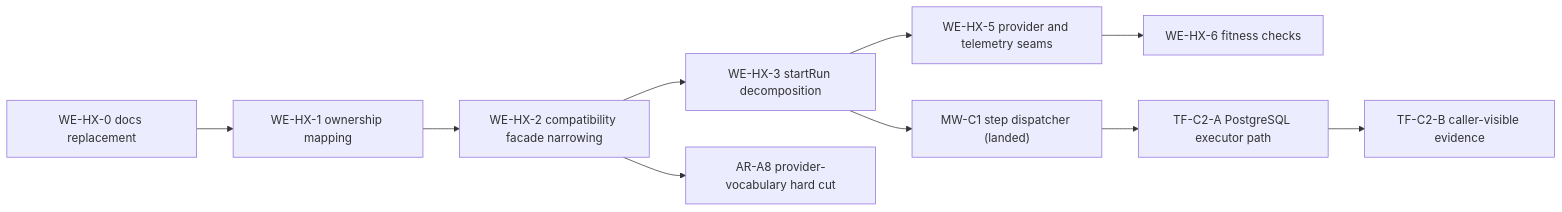
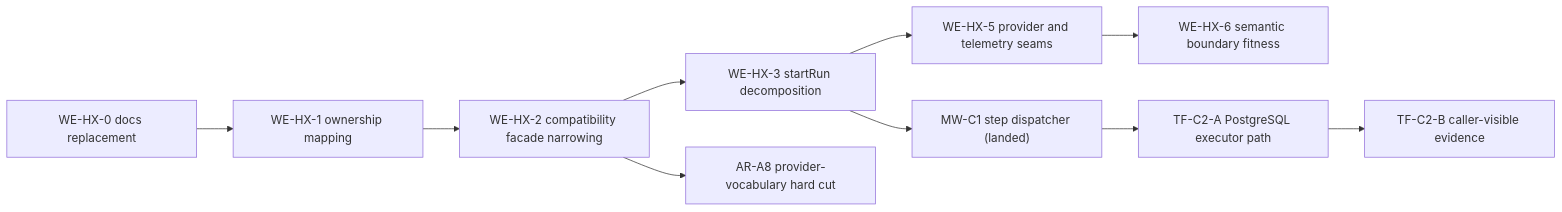
Before and after one commit to dunay2/dvt: the second of 2 diagrams in docs/architecture/components/engine/roadmap/engine-phases.md, drawn with Mermaid. The commit also changed other lines of this file and 20 other files, not shown here.

Commit message:
test(engine): Harden WorkflowEngine boundary fitness

````diff
--- a/docs/architecture/components/engine/roadmap/engine-phases.md
+++ b/docs/architecture/components/engine/roadmap/engine-phases.md
@@ -81,12 +81,12 @@
 ```mermaid
 flowchart LR
   HX0["WE-HX-0 docs replacement"] --> HX1["WE-HX-1 ownership mapping"]
   HX1 --> HX2["WE-HX-2 compatibility facade narrowing"]
   HX2 --> HX3["WE-HX-3 startRun decomposition"]
   HX2 --> A8["AR-A8 provider-vocabulary hard cut"]
   HX3 --> HX5["WE-HX-5 provider and telemetry seams"]
-  HX5 --> HX6["WE-HX-6 fitness checks"]
+  HX5 --> HX6["WE-HX-6 semantic boundary fitness"]
   HX3 --> MW["MW-C1 step dispatcher (landed)"]
   MW --> TFC2A["TF-C2-A PostgreSQL executor path"]
   TFC2A --> TFC2B["TF-C2-B caller-visible evidence"]
 ```
````
